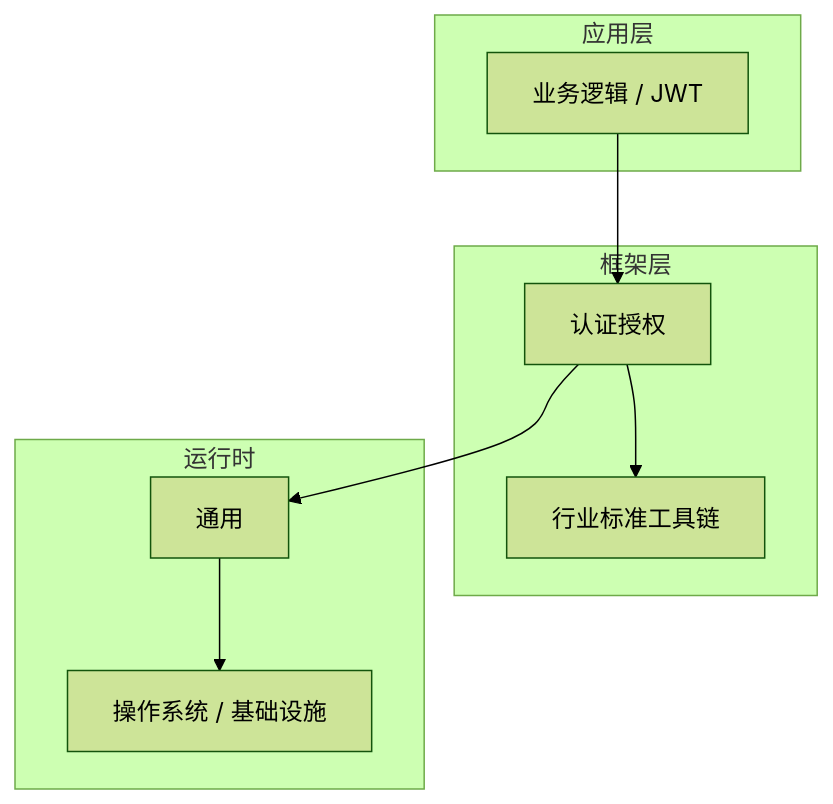
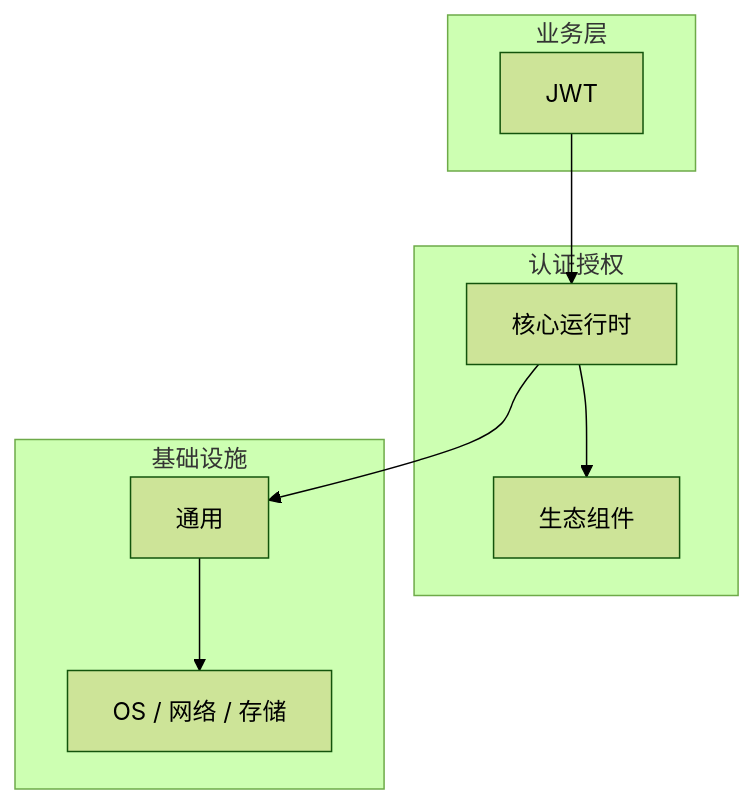
The diagram in articles/认证授权/chapters/019-JWT核心概念与原理.md (yanggan2015/knowledge-json-v2), drawn with Mermaid (forest theme) before and after one commit. The commit also changed other lines of this file and 10127 other files, not shown here.

````diff
--- a/articles/认证授权/chapters/019-JWT核心概念与原理.md
+++ b/articles/认证授权/chapters/019-JWT核心概念与原理.md
@@ -45,18 +30,18 @@
 ```mermaid
 graph TB
-    subgraph 应用层
-        A[业务逻辑 / JWT]
+    subgraph 业务层
+        A[JWT]
     end
-    subgraph 框架层
-        B[认证授权]
-        C[行业标准工具链]
+    subgraph 认证授权
+        B[核心运行时]
+        C[生态组件]
     end
-    subgraph 运行时
+    subgraph 基础设施
         D[通用]
-        E[操作系统 / 基础设施]
+        E[OS / 网络 / 存储]
     end
     A --> B
     B --> C
     B --> D
     D --> E
 ```
````
